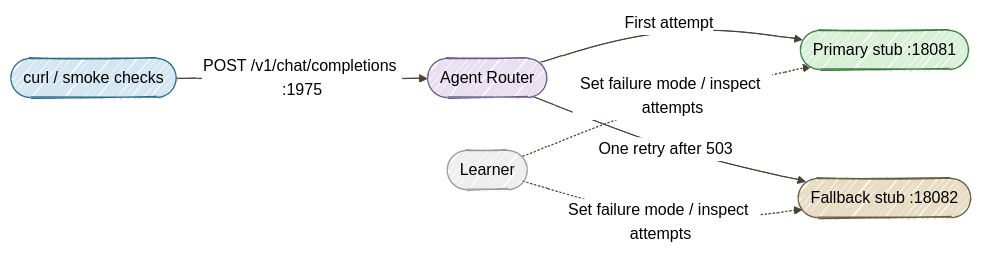
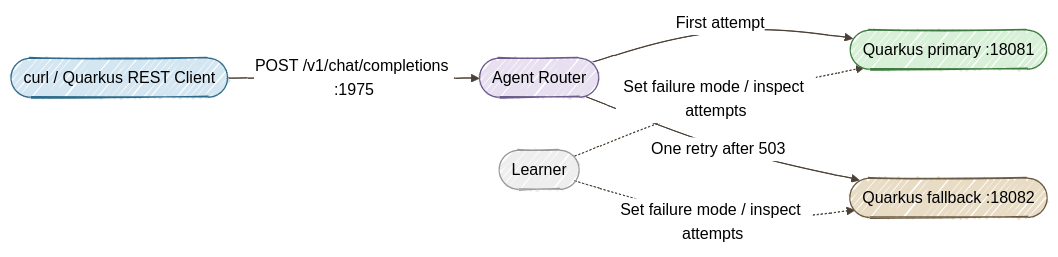
The second of 3 diagrams in docs/tutorials/06-model-routing.md (danieloh30/governed-agent-platform), drawn with Mermaid before and after one commit. The commit also changed other lines of this file and 23 other files, not shown here.

Commit message:
Use Quarkus throughout the Part 6 Agent Router lab

````diff
--- a/docs/tutorials/06-model-routing.md
+++ b/docs/tutorials/06-model-routing.md
@@ -70,13 +70,13 @@
 ```mermaid
 %%{init: {'look':'handDrawn','theme':'neutral','themeVariables': {'lineColor':'#4A4035'}}}%%
 flowchart LR
-    C([curl / smoke checks]) -->|POST /v1/chat/completions :1975| AR([Agent Router])
-    AR -->|First attempt| P([Primary stub :18081])
-    AR -->|One retry after 503| F([Fallback stub :18082])
+    C([curl / Quarkus REST Client]) -->|POST /v1/chat/completions :1975| AR([Agent Router])
+    AR -->|First attempt| P([Quarkus primary :18081])
+    AR -->|One retry after 503| F([Quarkus fallback :18082])
     T([Learner]) -.->|Set failure mode / inspect attempts| P
     T -.->|Set failure mode / inspect attempts| F
     style C fill:#D4E6F1,stroke:#2E6B8A
     style AR fill:#E8E0F0,stroke:#6B5B8A
     style P fill:#D8F0D8,stroke:#3D7A3D
     style F fill:#E8DCC4,stroke:#6B5B45
 ```
````
